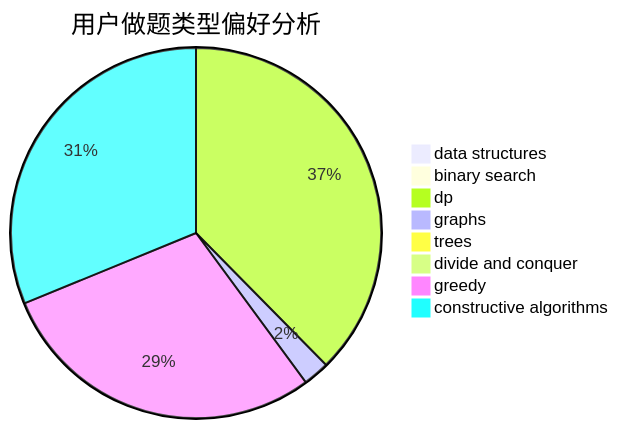
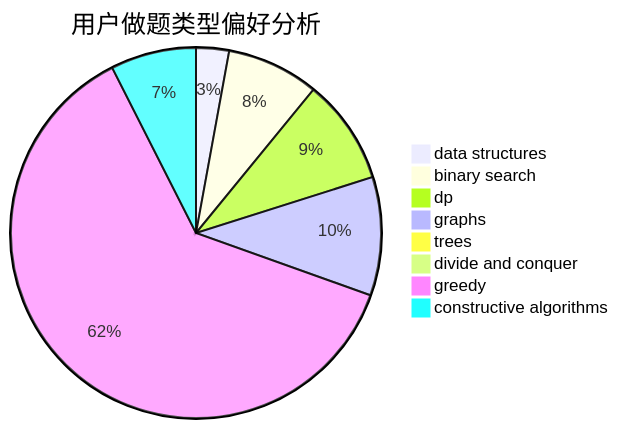
Before and after one commit to sherpahu/cfrs.github.io: the second of 3 diagrams in docs/user/u2508.md, drawn with Mermaid. The commit also changed other lines of this file and 2770 other files, not shown here.

````diff
--- a/docs/user/u2508.md
+++ b/docs/user/u2508.md
@@ -23,11 +23,11 @@
 ```mermaid
 pie title 用户做题类型偏好分析
-    "data structures" :  1
-    "binary search" :  1
-    "dp" :  82
-    "graphs" :  5
-    "trees" :  1
+    "data structures" :  5
+    "binary search" :  14
+    "dp" :  16
+    "graphs" :  18
+    "trees" :  0
     "divide and conquer" :  0
-    "greedy" :  63
-    "constructive algorithms" :  68
+    "greedy" :  108
+    "constructive algorithms" :  13
 ```
````
